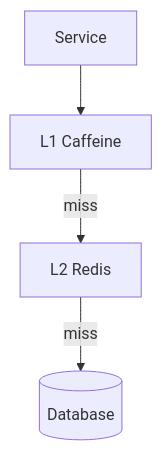
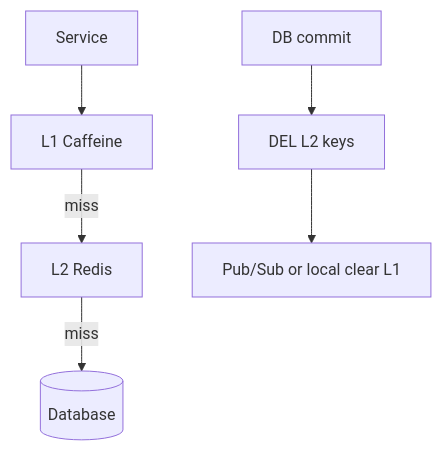
Before and after one commit to lostfromlight1/java-handbook: the second of 3 diagrams in 46-caching-and-performance/02-redis-and-invalidation.md, drawn with Mermaid. The commit also changed other lines of this file and 3 other files, not shown here.

````diff
--- a/46-caching-and-performance/02-redis-and-invalidation.md
+++ b/46-caching-and-performance/02-redis-and-invalidation.md
@@ -90,6 +126,8 @@
 ```mermaid
 flowchart TD
   S[Service] --> L1[L1 Caffeine]
   L1 -->|miss| L2[L2 Redis]
   L2 -->|miss| DB[(Database)]
+  Write[DB commit] --> InvL2[DEL L2 keys]
+  InvL2 --> InvL1[Pub/Sub or local clear L1]
 ```
````
